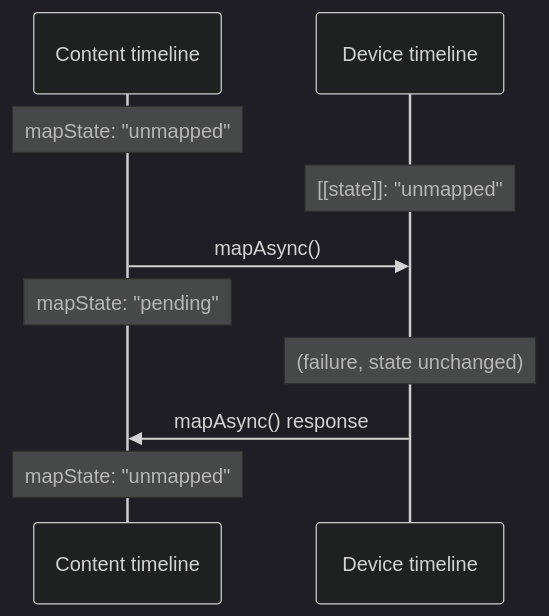
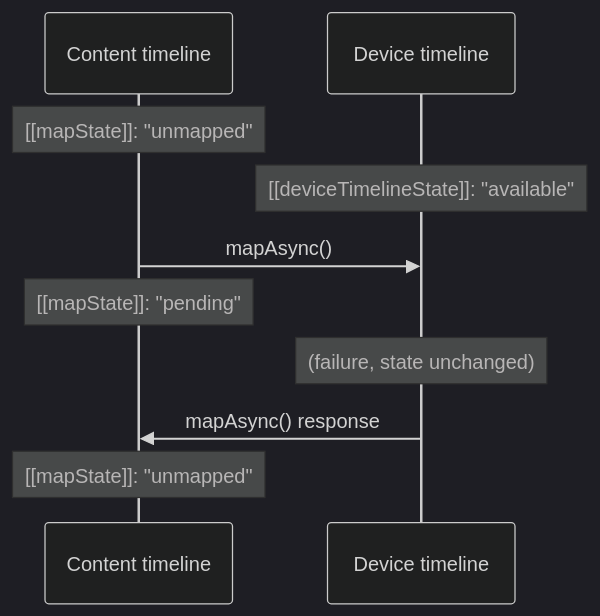
Before and after one commit to gpuweb/gpuweb: the diagram in spec/diagrams/buffer-map-failure.mmd, drawn with Mermaid (dark theme). The commit also changed 4 other files, not shown here.

First line of the commit message:
Separate content/device internal states of GPUBuffer

```diff
--- a/spec/diagrams/buffer-map-failure.mmd
+++ b/spec/diagrams/buffer-map-failure.mmd
@@ -1,8 +1,8 @@
 sequenceDiagram
-    Note over Content timeline: mapState: "unmapped"
-    Note over Device timeline: [[state]]: "unmapped"
+    Note over Content timeline: [[mapState]]: "unmapped"
+    Note over Device timeline: [[deviceTimelineState]]: "available"
     Content timeline ->> Device timeline: mapAsync()
-    Note over Content timeline: mapState: "pending"
+    Note over Content timeline: [[mapState]]: "pending"
     Note over Device timeline: (failure, state unchanged)
     Device timeline ->> Content timeline: mapAsync() response
-    Note over Content timeline: mapState: "unmapped"
+    Note over Content timeline: [[mapState]]: "unmapped"
```
